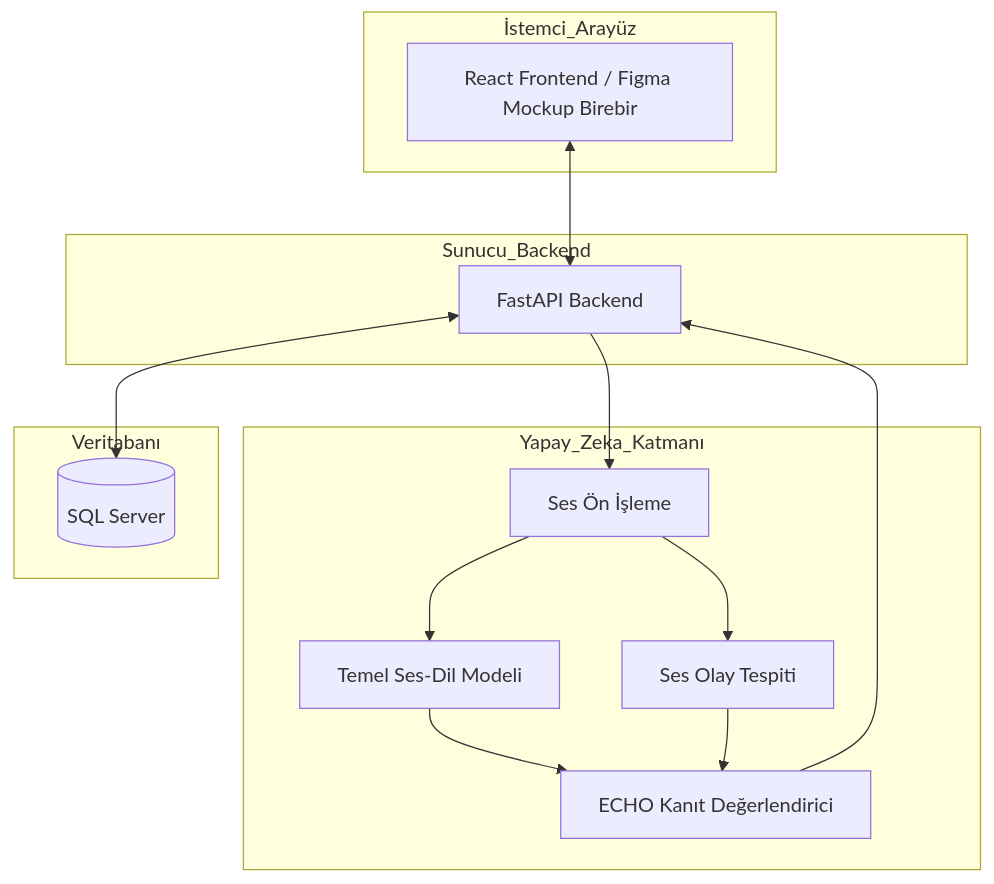
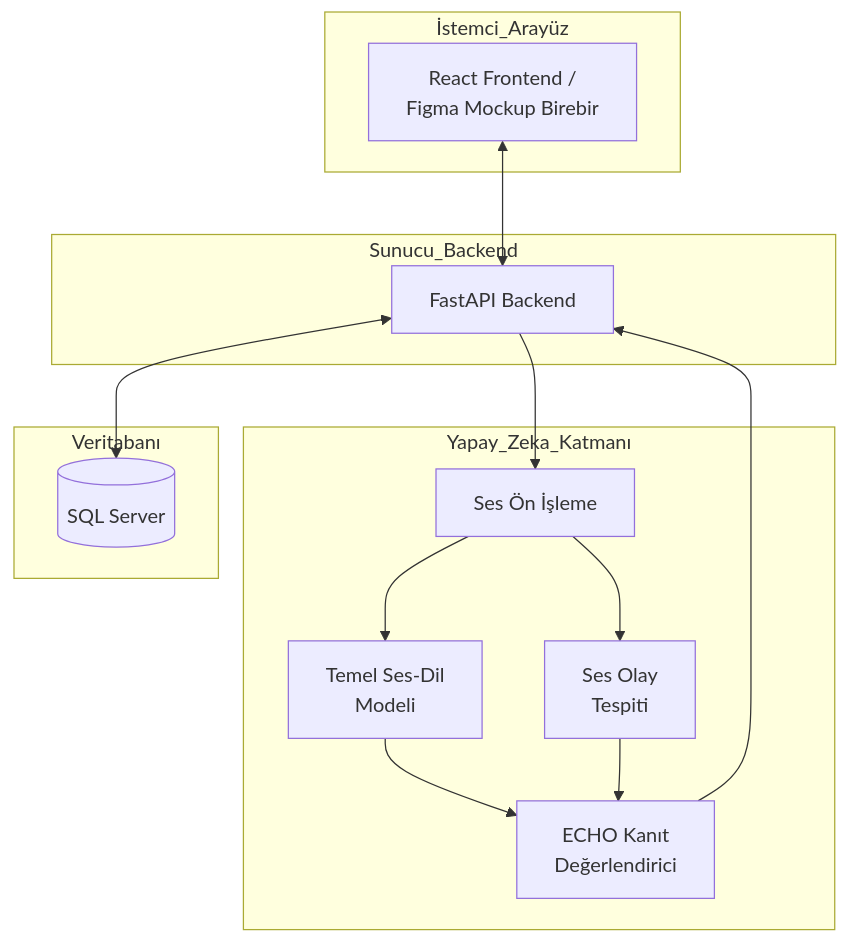
The second of 6 diagrams in docs/1_Hafta_Diyagramlari.md (seherayddn/ses-olaylari-guvenilir-yapay-zeka), drawn with Mermaid before and after one commit. The commit also changed other lines of this file, not shown here.

Commit message:
Update Turkish terms in diagrams for clarity

````diff
--- a/docs/1_Hafta_Diyagramlari.md
+++ b/docs/1_Hafta_Diyagramlari.md
@@ -24,30 +24,30 @@
 ```mermaid
 graph TD
     subgraph İstemci_Arayüz
-        UI["React Frontend / Figma Mockup Birebir"]
+        UI[ React Frontend / <br> Figma Mockup Birebir ]
     end
 
     subgraph Sunucu_Backend
-        API["FastAPI Backend"]
+        API[ FastAPI Backend ]
     end
 
     subgraph Yapay_Zeka_Katmanı
-        AudioProc["Ses Ön İşleme"]
-        BaseModel["Temel Ses-Dil Modeli"]
-        SED["Ses Olay Tespiti"]
-        ECHO["ECHO Kanıt Değerlendirici"]
+        AudioProc[ Ses Ön İşleme ]
+        BaseModel[ Temel Ses-Dil <br> Modeli ]
+        SED[ Ses Olay <br> Tespiti ]
+        ECHO[ ECHO Kanıt <br> Değerlendirici ]
     end
 
     subgraph Veritabanı
-        DB[("SQL Server")]
+        DB[( SQL Server )]
     end
 
     UI <--> API
     API --> AudioProc
     AudioProc --> BaseModel
     AudioProc --> SED
     BaseModel --> ECHO
     SED --> ECHO
     ECHO --> API
     API <--> DB
 ```
````
